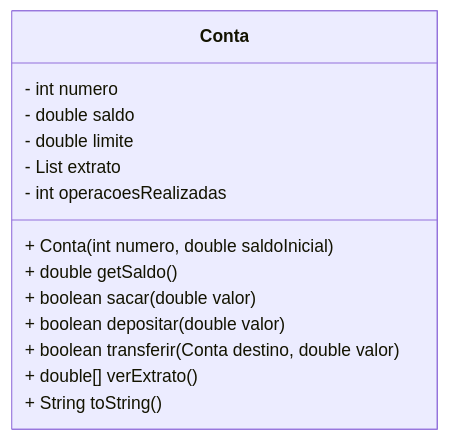
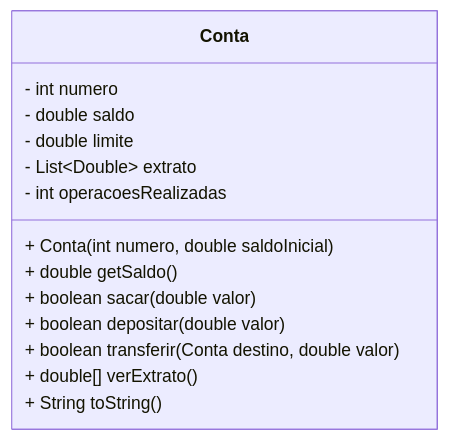
Before and after one commit to WillianSilva51/ContaBancariaSimples: the diagram in README.md, drawn with Mermaid.

````diff
--- a/README.md
+++ b/README.md
@@ -44,18 +44,21 @@
 ```mermaid
 classDiagram
+direction TB
     class Conta {
-        - int numero
-        - double saldo
-        - double limite
-        - List<Double> extrato
-        - int operacoesRealizadas
+	    - int numero
+	    - double saldo
+	    - double limite
+	    - List~Double~ extrato
+	    - int operacoesRealizadas
 
-        + Conta(int numero, double saldoInicial)
-        + double getSaldo()
-        + boolean sacar(double valor)
-        + boolean depositar(double valor)
-        + boolean transferir(Conta destino, double valor)
-        + double[] verExtrato()
-        + String toString()
+	    + Conta(int numero, double saldoInicial)
+	    + double getSaldo()
+	    + boolean sacar(double valor)
+	    + boolean depositar(double valor)
+	    + boolean transferir(Conta destino, double valor)
+	    + double[] verExtrato()
+	    + String toString()
     }
+
+
 ```
````
